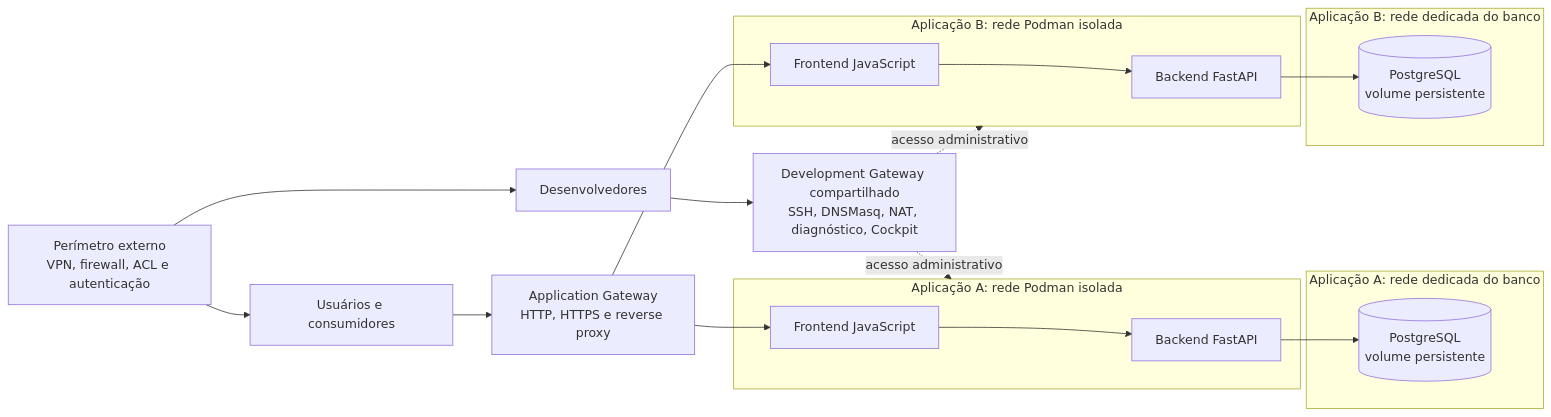
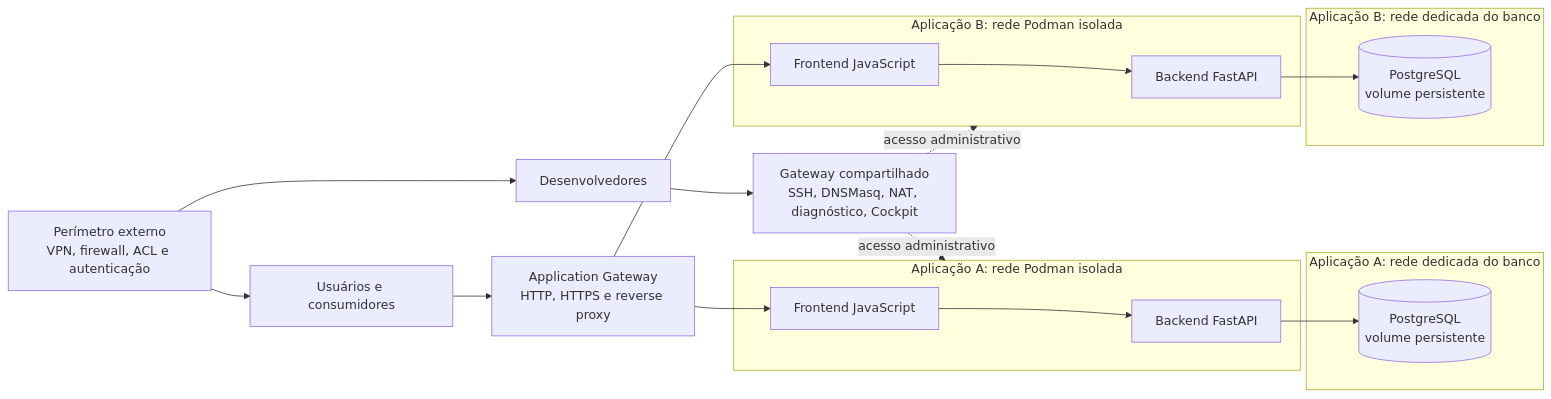
One commit to FSLobao/webAppBoilerPlate changed the diagram in README.md. Above: the diagram before and after it, drawn with Mermaid. The commit also changed other lines of this file and 31 other files, not shown here.

````diff
--- a/README.md
+++ b/README.md
@@ -43,34 +43,34 @@
 ```mermaid
 flowchart LR
     S[Perímetro externo<br/>VPN, firewall, ACL e autenticação]
     D[Desenvolvedores]
     U[Usuários e consumidores]
-    DG[Development Gateway compartilhado<br/>SSH, DNSMasq, NAT, diagnóstico, Cockpit]
+    DG[Gateway compartilhado<br/>SSH, DNSMasq, NAT, diagnóstico, Cockpit]
     AG[Application Gateway<br/>HTTP, HTTPS e reverse proxy]
     subgraph A[Aplicação A: rede Podman isolada]
         ABE[Backend FastAPI]
         AFE[Frontend JavaScript]
     end
     subgraph AD[Aplicação A: rede dedicada do banco]
         ADB[(PostgreSQL<br/>volume persistente)]
     end
     subgraph B[Aplicação B: rede Podman isolada]
         BBE[Backend FastAPI]
         BFE[Frontend JavaScript]
     end
     subgraph BD[Aplicação B: rede dedicada do banco]
         BDB[(PostgreSQL<br/>volume persistente)]
     end
     S --> D
     S --> U
     D --> DG
     U --> AG
     DG -. acesso administrativo .-> A
     DG -. acesso administrativo .-> B
     AG --> AFE
     AG --> BFE
     AFE --> ABE
     ABE --> ADB
     BFE --> BBE
     BBE --> BDB
 ```
````
